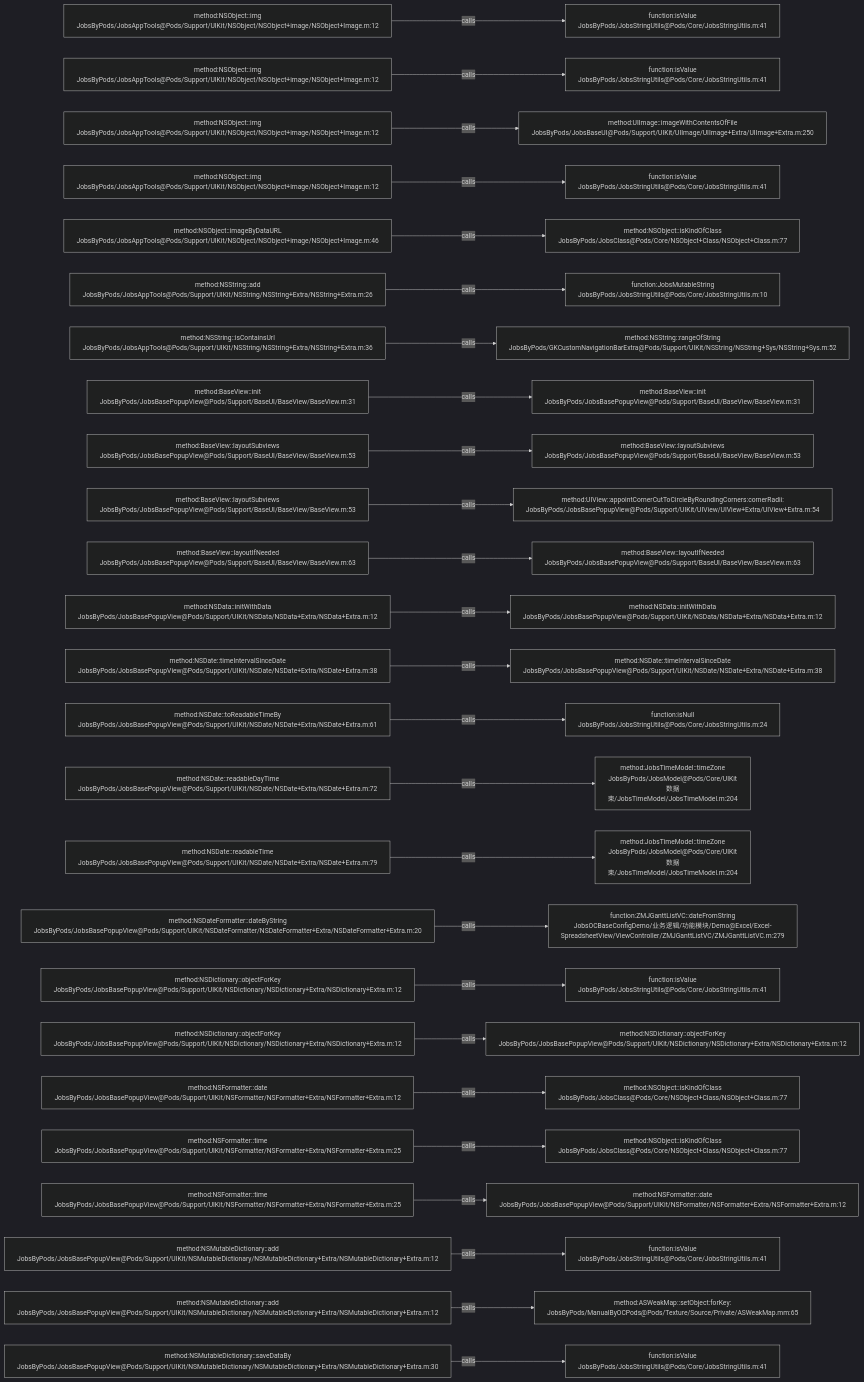
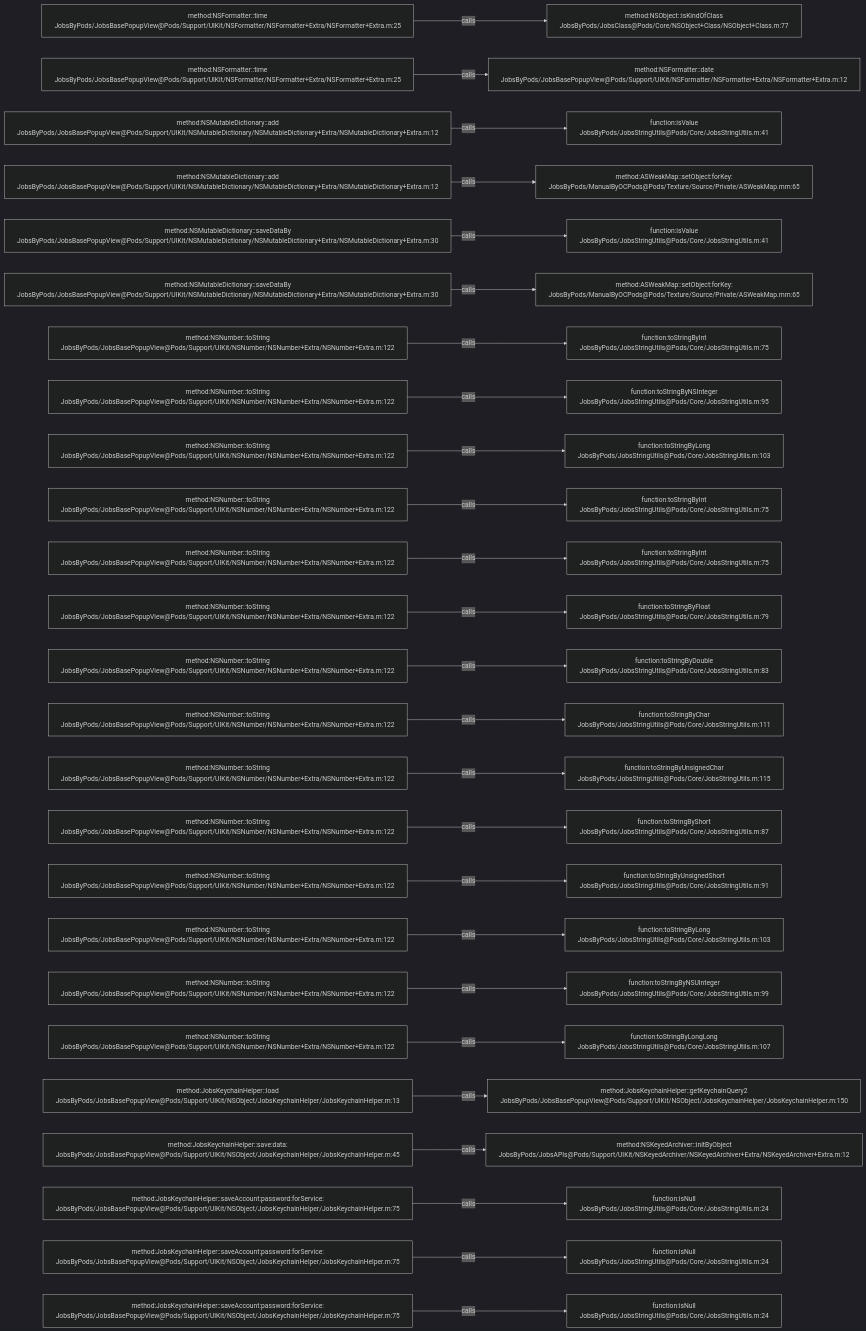
The diagram in .codegraph/codegraph.md/graphs/calls-017.md (JobsKits/JobsOCBaseConfigDemo), drawn with Mermaid (dark theme) before and after one commit. The commit also changed 639 other files, not shown here.

````diff
--- a/.codegraph/codegraph.md/graphs/calls-017.md
+++ b/.codegraph/codegraph.md/graphs/calls-017.md
@@ -13,78 +13,78 @@
 ```mermaid
 flowchart LR
-  S1["method:NSObject::img<br/>JobsByPods/JobsAppTools@Pods/Support/UIKit/NSObject/NSObject+image/NSObject+Image.m:12"]
-  T1["function:isValue<br/>JobsByPods/JobsStringUtils@Pods/Core/JobsStringUtils.m:41"]
+  S1["method:NSFormatter::time<br/>JobsByPods/JobsBasePopupView@Pods/Support/UIKit/NSFormatter/NSFormatter+Extra/NSFormatter+Extra.m:25"]
+  T1["method:NSObject::isKindOfClass<br/>JobsByPods/JobsClass@Pods/Core/NSObject+Class/NSObject+Class.m:77"]
   S1 -->|calls| T1
-  S2["method:NSObject::img<br/>JobsByPods/JobsAppTools@Pods/Support/UIKit/NSObject/NSObject+image/NSObject+Image.m:12"]
-  T2["function:isValue<br/>JobsByPods/JobsStringUtils@Pods/Core/JobsStringUtils.m:41"]
+  S2["method:NSFormatter::time<br/>JobsByPods/JobsBasePopupView@Pods/Support/UIKit/NSFormatter/NSFormatter+Extra/NSFormatter+Extra.m:25"]
+  T2["method:NSFormatter::date<br/>JobsByPods/JobsBasePopupView@Pods/Support/UIKit/NSFormatter/NSFormatter+Extra/NSFormatter+Extra.m:12"]
   S2 -->|calls| T2
-  S3["method:NSObject::img<br/>JobsByPods/JobsAppTools@Pods/Support/UIKit/NSObject/NSObject+image/NSObject+Image.m:12"]
-  T3["method:UIImage::imageWithContentsOfFile<br/>JobsByPods/JobsBaseUI@Pods/Support/UIKit/UIImage/UIImage+Extra/UIImage+Extra.m:250"]
+  S3["method:NSMutableDictionary::add<br/>JobsByPods/JobsBasePopupView@Pods/Support/UIKit/NSMutableDictionary/NSMutableDictionary+Extra/NSMutableDictionary+Extra.m:12"]
+  T3["function:isValue<br/>JobsByPods/JobsStringUtils@Pods/Core/JobsStringUtils.m:41"]
   S3 -->|calls| T3
-  S4["method:NSObject::img<br/>JobsByPods/JobsAppTools@Pods/Support/UIKit/NSObject/NSObject+image/NSObject+Image.m:12"]
-  T4["function:isValue<br/>JobsByPods/JobsStringUtils@Pods/Core/JobsStringUtils.m:41"]
+  S4["method:NSMutableDictionary::add<br/>JobsByPods/JobsBasePopupView@Pods/Support/UIKit/NSMutableDictionary/NSMutableDictionary+Extra/NSMutableDictionary+Extra.m:12"]
+  T4["method:ASWeakMap::setObject:forKey:<br/>JobsByPods/ManualByOCPods@Pods/Texture/Source/Private/ASWeakMap.mm:65"]
   S4 -->|calls| T4
-  S5["method:NSObject::imageByDataURL<br/>JobsByPods/JobsAppTools@Pods/Support/UIKit/NSObject/NSObject+image/NSObject+Image.m:46"]
-  T5["method:NSObject::isKindOfClass<br/>JobsByPods/JobsClass@Pods/Core/NSObject+Class/NSObject+Class.m:77"]
+  S5["method:NSMutableDictionary::saveDataBy<br/>JobsByPods/JobsBasePopupView@Pods/Support/UIKit/NSMutableDictionary/NSMutableDictionary+Extra/NSMutableDictionary+Extra.m:30"]
+  T5["function:isValue<br/>JobsByPods/JobsStringUtils@Pods/Core/JobsStringUtils.m:41"]
   S5 -->|calls| T5
-  S6["method:NSString::add<br/>JobsByPods/JobsAppTools@Pods/Support/UIKit/NSString/NSString+Extra/NSString+Extra.m:26"]
-  T6["function:JobsMutableString<br/>JobsByPods/JobsStringUtils@Pods/Core/JobsStringUtils.m:10"]
+  S6["method:NSMutableDictionary::saveDataBy<br/>JobsByPods/JobsBasePopupView@Pods/Support/UIKit/NSMutableDictionary/NSMutableDictionary+Extra/NSMutableDictionary+Extra.m:30"]
+  T6["method:ASWeakMap::setObject:forKey:<br/>JobsByPods/ManualByOCPods@Pods/Texture/Source/Private/ASWeakMap.mm:65"]
   S6 -->|calls| T6
-  S7["method:NSString::isContainsUrl<br/>JobsByPods/JobsAppTools@Pods/Support/UIKit/NSString/NSString+Extra/NSString+Extra.m:36"]
-  T7["method:NSString::rangeOfString<br/>JobsByPods/GKCustomNavigationBarExtra@Pods/Support/UIKit/NSString/NSString+Sys/NSString+Sys.m:52"]
+  S7["method:NSNumber::toString<br/>JobsByPods/JobsBasePopupView@Pods/Support/UIKit/NSNumber/NSNumber+Extra/NSNumber+Extra.m:122"]
+  T7["function:toStringByInt<br/>JobsByPods/JobsStringUtils@Pods/Core/JobsStringUtils.m:75"]
   S7 -->|calls| T7
-  S8["method:BaseView::init<br/>JobsByPods/JobsBasePopupView@Pods/Support/BaseUI/BaseView/BaseView.m:31"]
-  T8["method:BaseView::init<br/>JobsByPods/JobsBasePopupView@Pods/Support/BaseUI/BaseView/BaseView.m:31"]
+  S8["method:NSNumber::toString<br/>JobsByPods/JobsBasePopupView@Pods/Support/UIKit/NSNumber/NSNumber+Extra/NSNumber+Extra.m:122"]
+  T8["function:toStringByNSInteger<br/>JobsByPods/JobsStringUtils@Pods/Core/JobsStringUtils.m:95"]
   S8 -->|calls| T8
-  S9["method:BaseView::layoutSubviews<br/>JobsByPods/JobsBasePopupView@Pods/Support/BaseUI/BaseView/BaseView.m:53"]
-  T9["method:BaseView::layoutSubviews<br/>JobsByPods/JobsBasePopupView@Pods/Support/BaseUI/BaseView/BaseView.m:53"]
+  S9["method:NSNumber::toString<br/>JobsByPods/JobsBasePopupView@Pods/Support/UIKit/NSNumber/NSNumber+Extra/NSNumber+Extra.m:122"]
+  T9["function:toStringByLong<br/>JobsByPods/JobsStringUtils@Pods/Core/JobsStringUtils.m:103"]
   S9 -->|calls| T9
-  S10["method:BaseView::layoutSubviews<br/>JobsByPods/JobsBasePopupView@Pods/Support/BaseUI/BaseView/BaseView.m:53"]
-  T10["method:UIView::appointCornerCutToCircleByRoundingCorners:cornerRadii:<br/>JobsByPods/JobsBasePopupView@Pods/Support/UIKit/UIView/UIView+Extra/UIView+Extra.m:54"]
+  S10["method:NSNumber::toString<br/>JobsByPods/JobsBasePopupView@Pods/Support/UIKit/NSNumber/NSNumber+Extra/NSNumber+Extra.m:122"]
+  T10["function:toStringByInt<br/>JobsByPods/JobsStringUtils@Pods/Core/JobsStringUtils.m:75"]
   S10 -->|calls| T10
-  S11["method:BaseView::layoutIfNeeded<br/>JobsByPods/JobsBasePopupView@Pods/Support/BaseUI/BaseView/BaseView.m:63"]
-  T11["method:BaseView::layoutIfNeeded<br/>JobsByPods/JobsBasePopupView@Pods/Support/BaseUI/BaseView/BaseView.m:63"]
+  S11["method:NSNumber::toString<br/>JobsByPods/JobsBasePopupView@Pods/Support/UIKit/NSNumber/NSNumber+Extra/NSNumber+Extra.m:122"]
+  T11["function:toStringByInt<br/>JobsByPods/JobsStringUtils@Pods/Core/JobsStringUtils.m:75"]
   S11 -->|calls| T11
-  S12["method:NSData::initWithData<br/>JobsByPods/JobsBasePopupView@Pods/Support/UIKit/NSData/NSData+Extra/NSData+Extra.m:12"]
-  T12["method:NSData::initWithData<br/>JobsByPods/JobsBasePopupView@Pods/Support/UIKit/NSData/NSData+Extra/NSData+Extra.m:12"]
+  S12["method:NSNumber::toString<br/>JobsByPods/JobsBasePopupView@Pods/Support/UIKit/NSNumber/NSNumber+Extra/NSNumber+Extra.m:122"]
+  T12["function:toStringByFloat<br/>JobsByPods/JobsStringUtils@Pods/Core/JobsStringUtils.m:79"]
   S12 -->|calls| T12
-  S13["method:NSDate::timeIntervalSinceDate<br/>JobsByPods/JobsBasePopupView@Pods/Support/UIKit/NSDate/NSDate+Extra/NSDate+Extra.m:38"]
-  T13["method:NSDate::timeIntervalSinceDate<br/>JobsByPods/JobsBasePopupView@Pods/Support/UIKit/NSDate/NSDate+Extra/NSDate+Extra.m:38"]
+  S13["method:NSNumber::toString<br/>JobsByPods/JobsBasePopupView@Pods/Support/UIKit/NSNumber/NSNumber+Extra/NSNumber+Extra.m:122"]
+  T13["function:toStringByDouble<br/>JobsByPods/JobsStringUtils@Pods/Core/JobsStringUtils.m:83"]
   S13 -->|calls| T13
-  S14["method:NSDate::toReadableTimeBy<br/>JobsByPods/JobsBasePopupView@Pods/Support/UIKit/NSDate/NSDate+Extra/NSDate+Extra.m:61"]
-  T14["function:isNull<br/>JobsByPods/JobsStringUtils@Pods/Core/JobsStringUtils.m:24"]
+  S14["method:NSNumber::toString<br/>JobsByPods/JobsBasePopupView@Pods/Support/UIKit/NSNumber/NSNumber+Extra/NSNumber+Extra.m:122"]
+  T14["function:toStringByChar<br/>JobsByPods/JobsStringUtils@Pods/Core/JobsStringUtils.m:111"]
   S14 -->|calls| T14
-  S15["method:NSDate::readableDayTime<br/>JobsByPods/JobsBasePopupView@Pods/Support/UIKit/NSDate/NSDate+Extra/NSDate+Extra.m:72"]
-  T15["method:JobsTimeModel::timeZone<br/>JobsByPods/JobsModel@Pods/Core/UIKit数据束/JobsTimeModel/JobsTimeModel.m:204"]
+  S15["method:NSNumber::toString<br/>JobsByPods/JobsBasePopupView@Pods/Support/UIKit/NSNumber/NSNumber+Extra/NSNumber+Extra.m:122"]
+  T15["function:toStringByUnsignedChar<br/>JobsByPods/JobsStringUtils@Pods/Core/JobsStringUtils.m:115"]
   S15 -->|calls| T15
-  S16["method:NSDate::readableTime<br/>JobsByPods/JobsBasePopupView@Pods/Support/UIKit/NSDate/NSDate+Extra/NSDate+Extra.m:79"]
-  T16["method:JobsTimeModel::timeZone<br/>JobsByPods/JobsModel@Pods/Core/UIKit数据束/JobsTimeModel/JobsTimeModel.m:204"]
+  S16["method:NSNumber::toString<br/>JobsByPods/JobsBasePopupView@Pods/Support/UIKit/NSNumber/NSNumber+Extra/NSNumber+Extra.m:122"]
+  T16["function:toStringByShort<br/>JobsByPods/JobsStringUtils@Pods/Core/JobsStringUtils.m:87"]
   S16 -->|calls| T16
-  S17["method:NSDateFormatter::dateByString<br/>JobsByPods/JobsBasePopupView@Pods/Support/UIKit/NSDateFormatter/NSDateFormatter+Extra/NSDateFormatter+Extra.m:20"]
-  T17["function:ZMJGanttListVC::dateFromString<br/>JobsOCBaseConfigDemo/业务逻辑/功能模块/Demo@Excel/Excel-SpreadsheetView/ViewController/ZMJGanttListVC/ZMJGanttListVC.m:279"]
+  S17["method:NSNumber::toString<br/>JobsByPods/JobsBasePopupView@Pods/Support/UIKit/NSNumber/NSNumber+Extra/NSNumber+Extra.m:122"]
+  T17["function:toStringByUnsignedShort<br/>JobsByPods/JobsStringUtils@Pods/Core/JobsStringUtils.m:91"]
   S17 -->|calls| T17
-  S18["method:NSDictionary::objectForKey<br/>JobsByPods/JobsBasePopupView@Pods/Support/UIKit/NSDictionary/NSDictionary+Extra/NSDictionary+Extra.m:12"]
-  T18["function:isValue<br/>JobsByPods/JobsStringUtils@Pods/Core/JobsStringUtils.m:41"]
+  S18["method:NSNumber::toString<br/>JobsByPods/JobsBasePopupView@Pods/Support/UIKit/NSNumber/NSNumber+Extra/NSNumber+Extra.m:122"]
+  T18["function:toStringByLong<br/>JobsByPods/JobsStringUtils@Pods/Core/JobsStringUtils.m:103"]
   S18 -->|calls| T18
-  S19["method:NSDictionary::objectForKey<br/>JobsByPods/JobsBasePopupView@Pods/Support/UIKit/NSDictionary/NSDictionary+Extra/NSDictionary+Extra.m:12"]
-  T19["method:NSDictionary::objectForKey<br/>JobsByPods/JobsBasePopupView@Pods/Support/UIKit/NSDictionary/NSDictionary+Extra/NSDictionary+Extra.m:12"]
+  S19["method:NSNumber::toString<br/>JobsByPods/JobsBasePopupView@Pods/Support/UIKit/NSNumber/NSNumber+Extra/NSNumber+Extra.m:122"]
+  T19["function:toStringByNSUInteger<br/>JobsByPods/JobsStringUtils@Pods/Core/JobsStringUtils.m:99"]
   S19 -->|calls| T19
-  S20["method:NSFormatter::date<br/>JobsByPods/JobsBasePopupView@Pods/Support/UIKit/NSFormatter/NSFormatter+Extra/NSFormatter+Extra.m:12"]
-  T20["method:NSObject::isKindOfClass<br/>JobsByPods/JobsClass@Pods/Core/NSObject+Class/NSObject+Class.m:77"]
+  S20["method:NSNumber::toString<br/>JobsByPods/JobsBasePopupView@Pods/Support/UIKit/NSNumber/NSNumber+Extra/NSNumber+Extra.m:122"]
+  T20["function:toStringByLongLong<br/>JobsByPods/JobsStringUtils@Pods/Core/JobsStringUtils.m:107"]
   S20 -->|calls| T20
-  S21["method:NSFormatter::time<br/>JobsByPods/JobsBasePopupView@Pods/Support/UIKit/NSFormatter/NSFormatter+Extra/NSFormatter+Extra.m:25"]
-  T21["method:NSObject::isKindOfClass<br/>JobsByPods/JobsClass@Pods/Core/NSObject+Class/NSObject+Class.m:77"]
+  S21["method:JobsKeychainHelper::load<br/>JobsByPods/JobsBasePopupView@Pods/Support/UIKit/NSObject/JobsKeychainHelper/JobsKeychainHelper.m:13"]
+  T21["method:JobsKeychainHelper::getKeychainQuery2<br/>JobsByPods/JobsBasePopupView@Pods/Support/UIKit/NSObject/JobsKeychainHelper/JobsKeychainHelper.m:150"]
   S21 -->|calls| T21
-  S22["method:NSFormatter::time<br/>JobsByPods/JobsBasePopupView@Pods/Support/UIKit/NSFormatter/NSFormatter+Extra/NSFormatter+Extra.m:25"]
-  T22["method:NSFormatter::date<br/>JobsByPods/JobsBasePopupView@Pods/Support/UIKit/NSFormatter/NSFormatter+Extra/NSFormatter+Extra.m:12"]
+  S22["method:JobsKeychainHelper::save:data:<br/>JobsByPods/JobsBasePopupView@Pods/Support/UIKit/NSObject/JobsKeychainHelper/JobsKeychainHelper.m:45"]
+  T22["method:NSKeyedArchiver::initByObject<br/>JobsByPods/JobsAPIs@Pods/Support/UIKit/NSKeyedArchiver/NSKeyedArchiver+Extra/NSKeyedArchiver+Extra.m:12"]
   S22 -->|calls| T22
-  S23["method:NSMutableDictionary::add<br/>JobsByPods/JobsBasePopupView@Pods/Support/UIKit/NSMutableDictionary/NSMutableDictionary+Extra/NSMutableDictionary+Extra.m:12"]
-  T23["function:isValue<br/>JobsByPods/JobsStringUtils@Pods/Core/JobsStringUtils.m:41"]
+  S23["method:JobsKeychainHelper::saveAccount:password:forService:<br/>JobsByPods/JobsBasePopupView@Pods/Support/UIKit/NSObject/JobsKeychainHelper/JobsKeychainHelper.m:75"]
+  T23["function:isNull<br/>JobsByPods/JobsStringUtils@Pods/Core/JobsStringUtils.m:24"]
   S23 -->|calls| T23
-  S24["method:NSMutableDictionary::add<br/>JobsByPods/JobsBasePopupView@Pods/Support/UIKit/NSMutableDictionary/NSMutableDictionary+Extra/NSMutableDictionary+Extra.m:12"]
-  T24["method:ASWeakMap::setObject:forKey:<br/>JobsByPods/ManualByOCPods@Pods/Texture/Source/Private/ASWeakMap.mm:65"]
+  S24["method:JobsKeychainHelper::saveAccount:password:forService:<br/>JobsByPods/JobsBasePopupView@Pods/Support/UIKit/NSObject/JobsKeychainHelper/JobsKeychainHelper.m:75"]
+  T24["function:isNull<br/>JobsByPods/JobsStringUtils@Pods/Core/JobsStringUtils.m:24"]
   S24 -->|calls| T24
-  S25["method:NSMutableDictionary::saveDataBy<br/>JobsByPods/JobsBasePopupView@Pods/Support/UIKit/NSMutableDictionary/NSMutableDictionary+Extra/NSMutableDictionary+Extra.m:30"]
-  T25["function:isValue<br/>JobsByPods/JobsStringUtils@Pods/Core/JobsStringUtils.m:41"]
+  S25["method:JobsKeychainHelper::saveAccount:password:forService:<br/>JobsByPods/JobsBasePopupView@Pods/Support/UIKit/NSObject/JobsKeychainHelper/JobsKeychainHelper.m:75"]
+  T25["function:isNull<br/>JobsByPods/JobsStringUtils@Pods/Core/JobsStringUtils.m:24"]
   S25 -->|calls| T25
 ```
````
